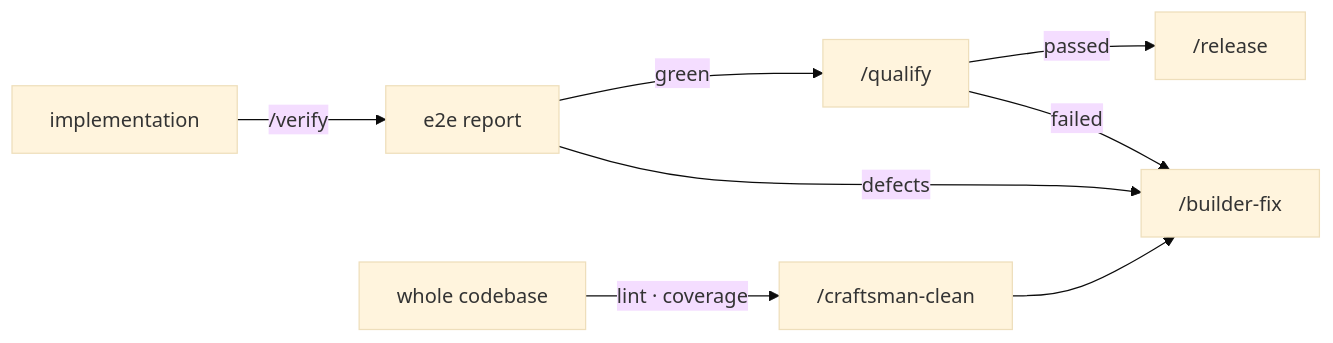
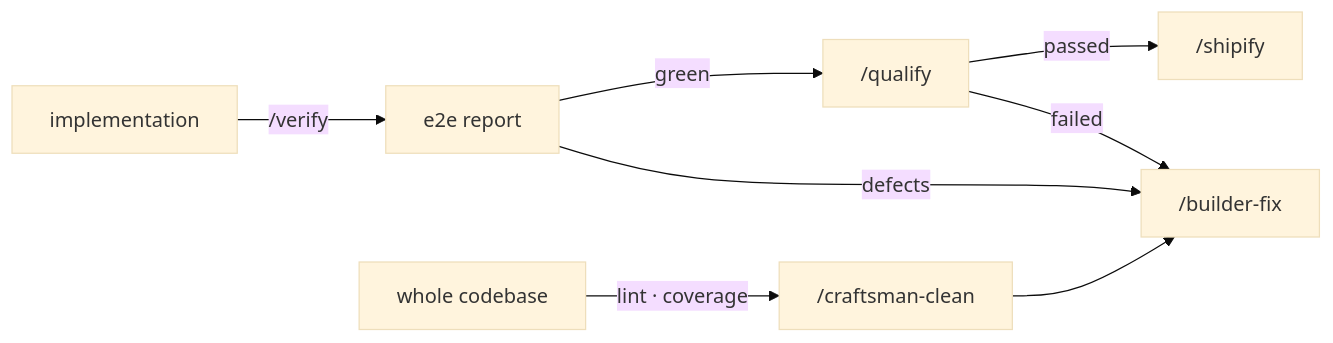
One commit to AIDDbot/AIDDbot changed the fourth of 4 diagrams in docs/AIDD.workflow.md. Above: the diagram before and after it, drawn with Mermaid (base theme). The commit also changed other lines of this file and 9 other files, not shown here.

First line of the commit message:
refactor(skills): rename /release to /shipify

````diff
--- a/docs/AIDD.workflow.md
+++ b/docs/AIDD.workflow.md
@@ -98,10 +98,10 @@
 ```mermaid
 flowchart LR
   CODE[implementation] -->|/verify| VER[e2e report]
   VER -->|defects| FIX["/builder-fix"]
   VER -->|green| QLF["/qualify"]
   QLF -->|failed| FIX
-  QLF -->|passed| REL["/release"]
+  QLF -->|passed| REL["/shipify"]
   BASE[whole codebase] -->|lint · coverage| CLEAN["/craftsman-clean"]
   CLEAN --> FIX
 ```
````
